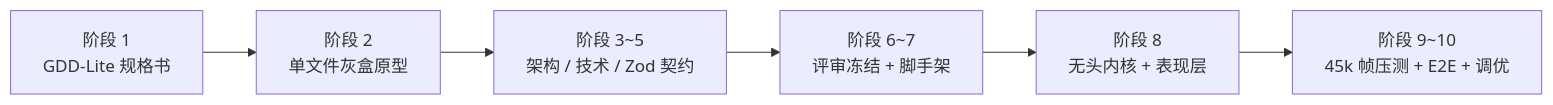
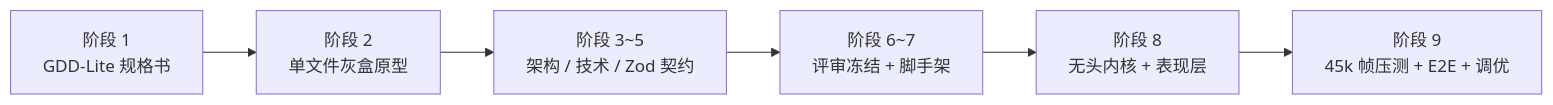
Before and after one commit to wendellhua/web-G: the diagram in README.md, drawn with Mermaid. The commit also changed other lines of this file and 14 other files, not shown here.

````diff
--- a/README.md
+++ b/README.md
@@ -171,8 +171,8 @@
 ```mermaid
 flowchart LR
     S1["阶段 1<br/>GDD-Lite 规格书"] --> S2["阶段 2<br/>单文件灰盒原型"]
     S2 --> S3["阶段 3~5<br/>架构 / 技术 / Zod 契约"]
     S3 --> S4["阶段 6~7<br/>评审冻结 + 脚手架"]
     S4 --> S5["阶段 8<br/>无头内核 + 表现层"]
-    S5 --> S6["阶段 9~10<br/>45k 帧压测 + E2E + 调优"]
+    S5 --> S6["阶段 9<br/>45k 帧压测 + E2E + 调优"]
 ```
````
